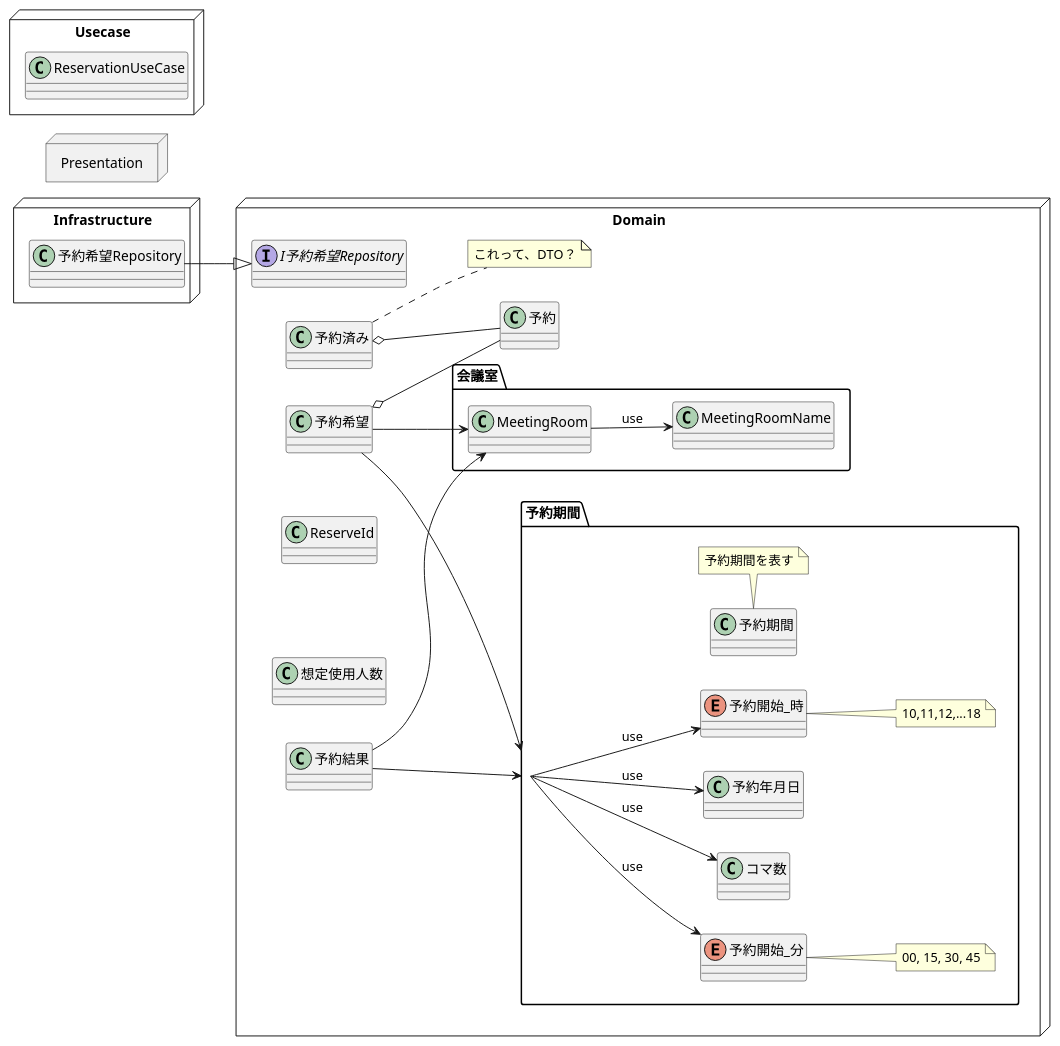
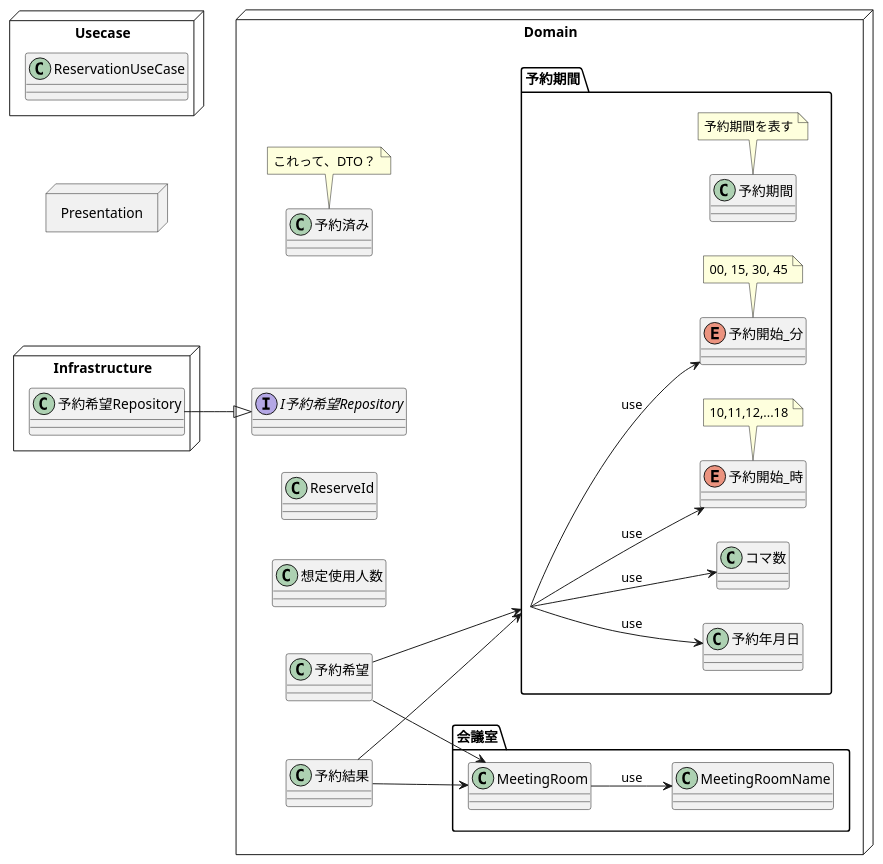
One commit to 98lerr/ModelingKai-Reservation changed the diagram in diagram/モデル図.md. Above: the diagram before and after it, drawn with PlantUML.

Commit message:
update: model の note の位置調整

````diff
--- a/diagram/モデル図.md
+++ b/diagram/モデル図.md
@@ -3,70 +3,67 @@
 ```puml
 @startuml
 left to right direction
 
 node Domain {
     interface I予約希望Repository
 
     Package 会議室 {
         class MeetingRoom
         class MeetingRoomName
     }
 
     Package 予約期間 {
         class 予約期間 
         note bottom : 予約期間を表す
         class 予約年月日
  
         enum 予約開始_時
-        note right : 10,11,12,...18
+        note bottom : 10,11,12,...18
  
         enum 予約開始_分
-        note right : 00, 15, 30, 45
+        note bottom : 00, 15, 30, 45
 
         class コマ数
     }
-
-    予約希望 o-- 予約
-    予約済み o-- 予約
 
     class ReserveId
     class 想定使用人数
 
     class 予約済み
-    note right : これって、DTO？
+    note bottom : これって、DTO？
     class 予約希望
     class 予約結果
 
     予約期間 --> コマ数 : use
     予約期間 --> 予約年月日 : use
     予約期間 --> 予約開始_時 : use
     予約期間 --> 予約開始_分 : use
 
     MeetingRoom --> MeetingRoomName : use
 
     予約希望 --> 予約期間
     予約希望 --> MeetingRoom
 
     予約結果 --> 予約期間
     予約結果 --> MeetingRoom
 
 
 }
 
 
 node Infrastructure {
     class 予約希望Repository
 }
 
 予約希望Repository --|> I予約希望Repository 
 
 node Usecase {
     class ReservationUseCase
 }
 
 node Presentation {
 
 }
 
 @enduml
 ```
````
